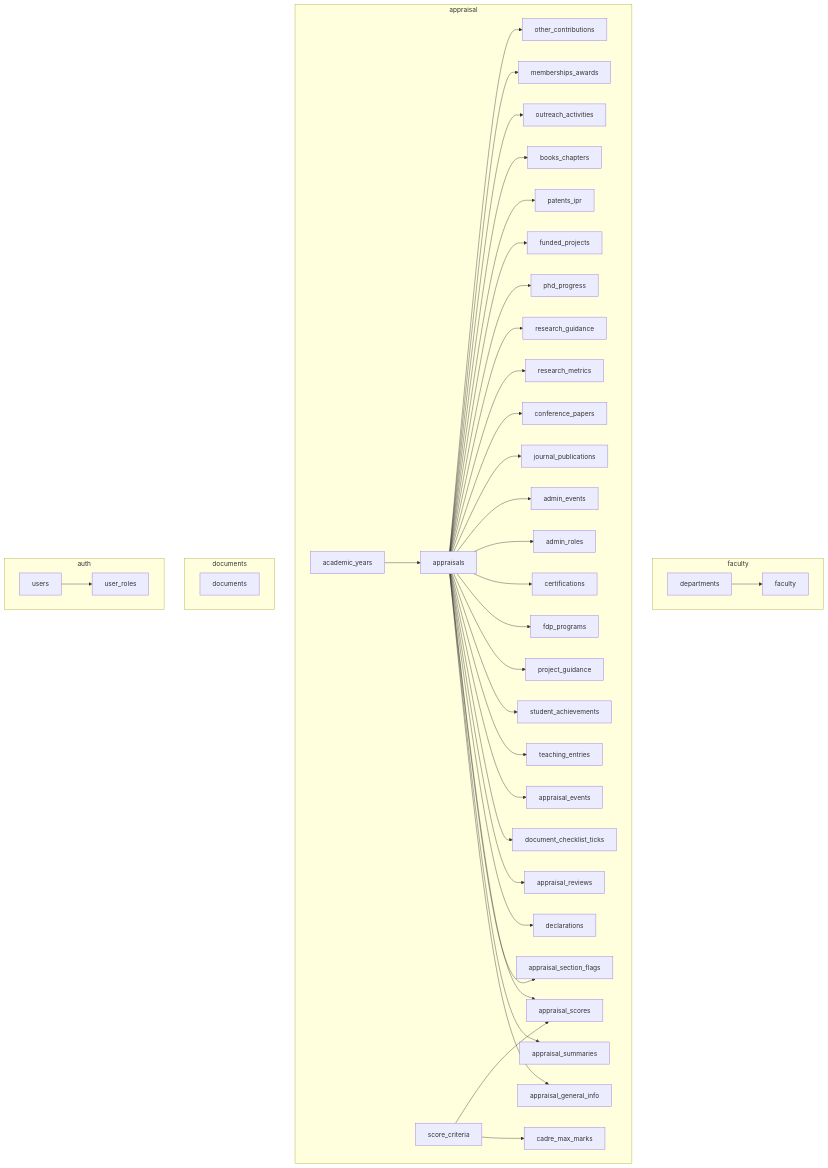
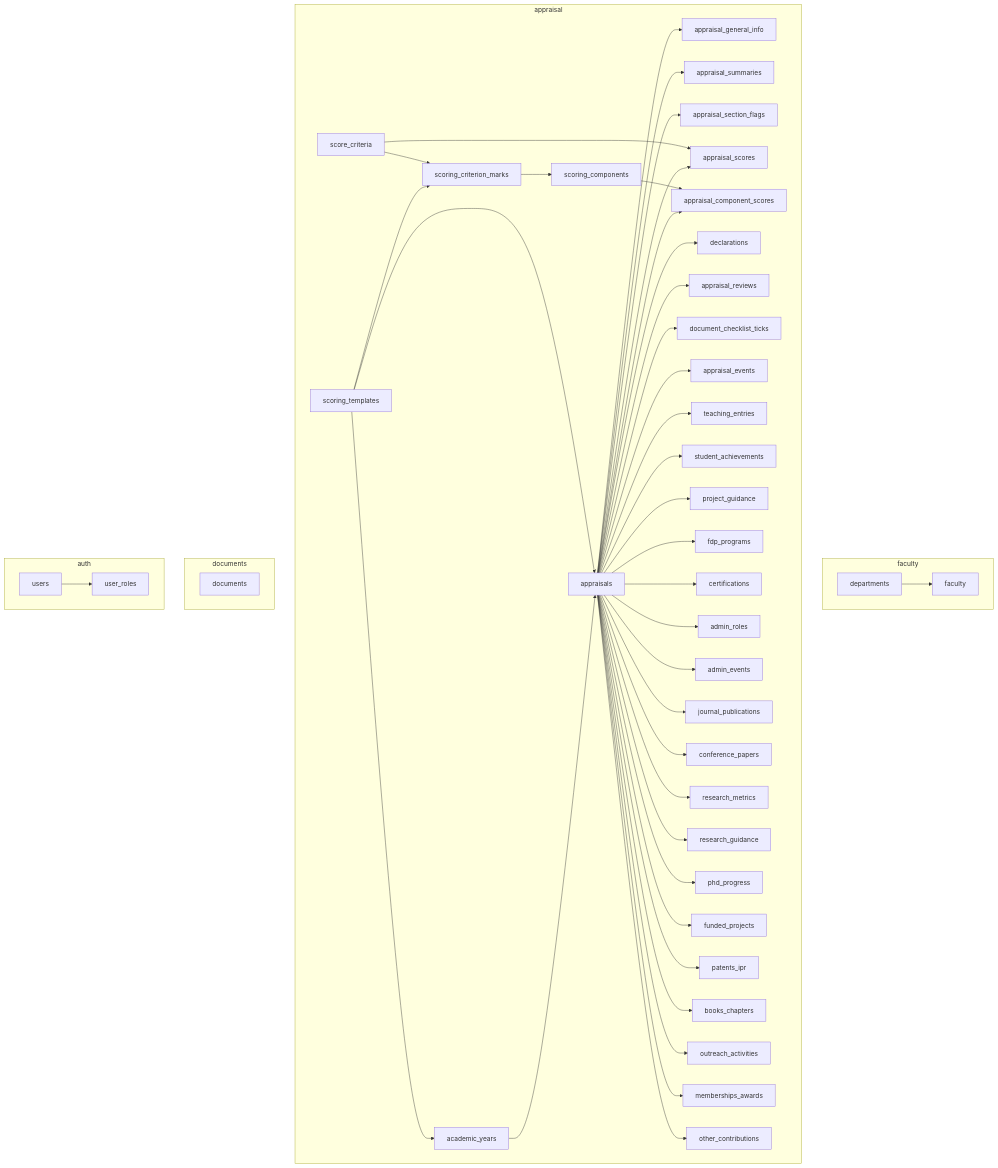
Before and after one commit to maruthi-sreeram-p/FACULTY-SELF-APPRAISAL-ASSESSMENT-SYSTEM: the diagram in docs/backend/database-design.md, drawn with Mermaid. The commit also changed other lines of this file and 10 other files, not shown here.

````diff
--- a/docs/backend/database-design.md
+++ b/docs/backend/database-design.md
@@ -34,31 +36,37 @@
 ```mermaid
 flowchart TB
   subgraph faculty
     departments --> faculty_t[faculty]
   end
   subgraph appraisal
     academic_years --> appraisals
     appraisals --> appraisal_general_info
     appraisals --> appraisal_summaries
     appraisals --> appraisal_section_flags
     appraisals --> appraisal_scores
+    appraisals --> appraisal_component_scores
+    scoring_templates --> academic_years
+    scoring_templates --> appraisals
+    scoring_templates --> scoring_criterion_marks
+    scoring_criterion_marks --> scoring_components
+    scoring_components --> appraisal_component_scores
     appraisals --> declarations
     appraisals --> appraisal_reviews
     appraisals --> document_checklist_ticks
     appraisals --> appraisal_events
     appraisals --> teaching_entries & student_achievements & project_guidance
     appraisals --> fdp_programs & certifications
     appraisals --> admin_roles & admin_events
     appraisals --> journal_publications & conference_papers & research_metrics & research_guidance & phd_progress
     appraisals --> funded_projects & patents_ipr & books_chapters
     appraisals --> outreach_activities & memberships_awards & other_contributions
-    score_criteria --> cadre_max_marks
+    score_criteria --> scoring_criterion_marks
     score_criteria --> appraisal_scores
   end
   subgraph documents
     documents_t[documents]
   end
   subgraph auth
     users --> user_roles
   end
 ```
````
